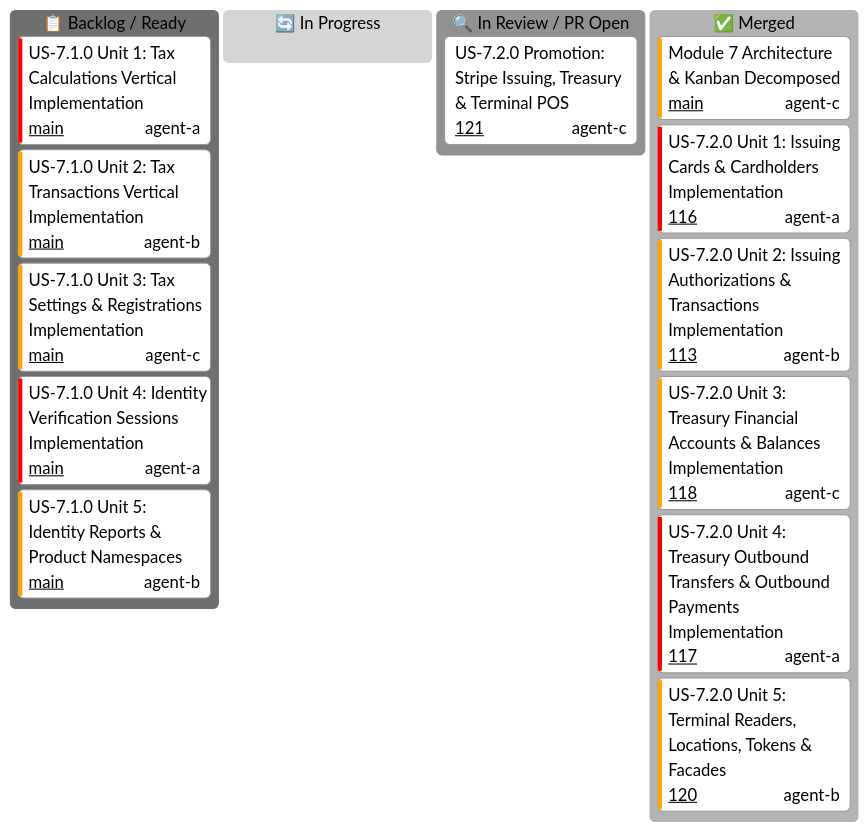
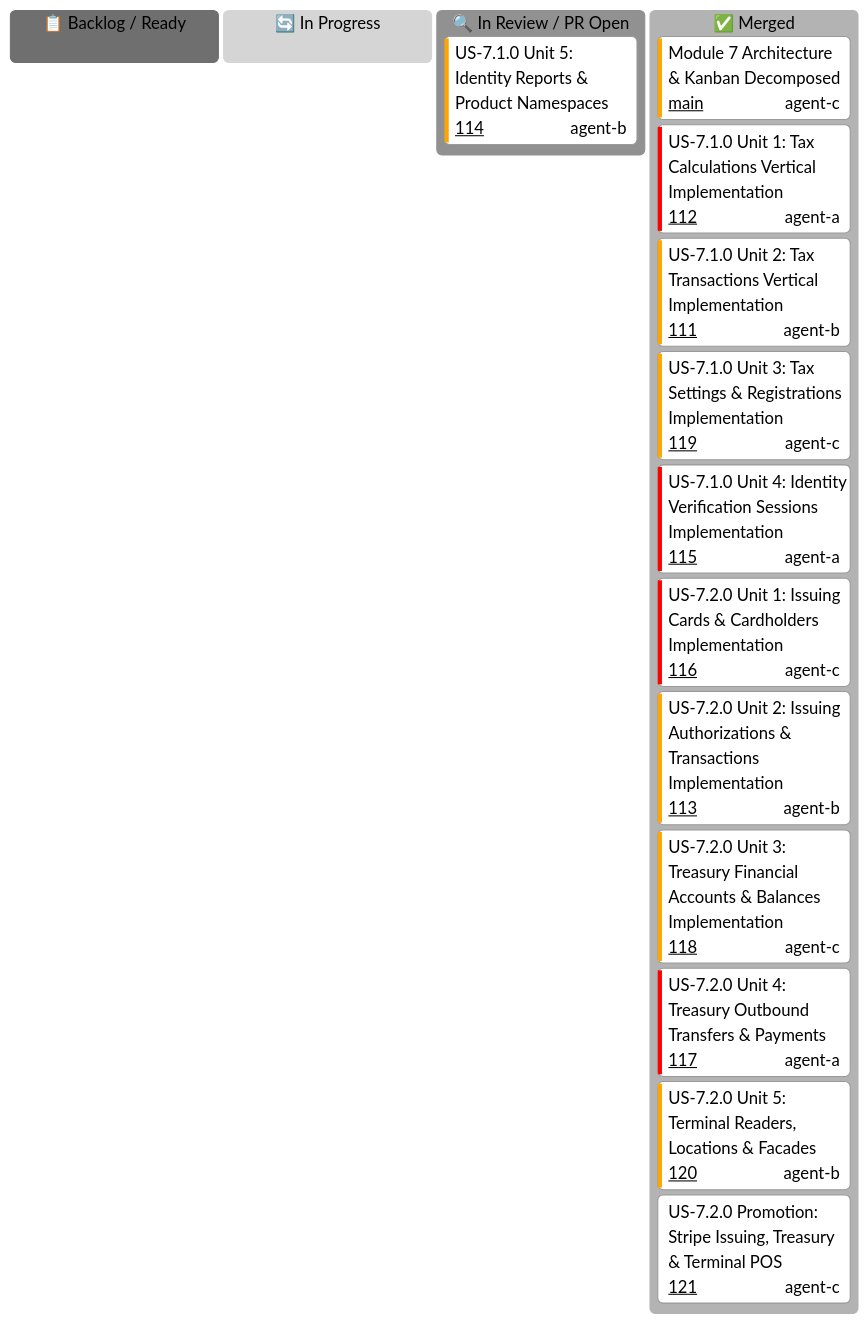
Before and after one commit to some-of-cs/some-stripe: the diagram in docs/user-stories/module-7-specialized-product-namespaces/KANBAN.md, drawn with Mermaid (neutral theme). The commit also changed 2 other files, not shown here.

Commit message:
docs(us-7.2.0): update checkpoint and kanban boards with PR #121 merged into module branch

````diff
--- a/docs/user-stories/module-7-specialized-product-namespaces/KANBAN.md
+++ b/docs/user-stories/module-7-specialized-product-namespaces/KANBAN.md
@@ -16,24 +16,24 @@
 ```mermaid
 ---
 config:
   kanban:
     ticketBaseUrl: 'https://github.com/some-of-cs/some-stripe/pull/#TICKET#'
 ---
 kanban
   todo[📋 Backlog / Ready]
-    us71_u1[US-7.1.0 Unit 1: Tax Calculations Vertical Implementation]@{ ticket: 'main', assigned: 'agent-a', priority: 'Very High' }
-    us71_u2[US-7.1.0 Unit 2: Tax Transactions Vertical Implementation]@{ ticket: 'main', assigned: 'agent-b', priority: 'High' }
-    us71_u3[US-7.1.0 Unit 3: Tax Settings & Registrations Implementation]@{ ticket: 'main', assigned: 'agent-c', priority: 'High' }
-    us71_u4[US-7.1.0 Unit 4: Identity Verification Sessions Implementation]@{ ticket: 'main', assigned: 'agent-a', priority: 'Very High' }
-    us71_u5[US-7.1.0 Unit 5: Identity Reports & Product Namespaces]@{ ticket: 'main', assigned: 'agent-b', priority: 'High' }
   in_progress[🔄 In Progress]
   in_review[🔍 In Review / PR Open]
-    us72_promotion[US-7.2.0 Promotion: Stripe Issuing, Treasury & Terminal POS]@{ ticket: '121', assigned: 'agent-c', priority: 'Critical' }
+    us71_u5[US-7.1.0 Unit 5: Identity Reports & Product Namespaces]@{ ticket: '114', assigned: 'agent-b', priority: 'High' }
   done[✅ Merged]
     m7_init[Module 7 Architecture & Kanban Decomposed]@{ ticket: 'main', assigned: 'agent-c', priority: 'High' }
-    us72_u1[US-7.2.0 Unit 1: Issuing Cards & Cardholders Implementation]@{ ticket: '116', assigned: 'agent-a', priority: 'Very High' }
+    us71_u1[US-7.1.0 Unit 1: Tax Calculations Vertical Implementation]@{ ticket: '112', assigned: 'agent-a', priority: 'Very High' }
+    us71_u2[US-7.1.0 Unit 2: Tax Transactions Vertical Implementation]@{ ticket: '111', assigned: 'agent-b', priority: 'High' }
+    us71_u3[US-7.1.0 Unit 3: Tax Settings & Registrations Implementation]@{ ticket: '119', assigned: 'agent-c', priority: 'High' }
+    us71_u4[US-7.1.0 Unit 4: Identity Verification Sessions Implementation]@{ ticket: '115', assigned: 'agent-a', priority: 'Very High' }
+    us72_u1[US-7.2.0 Unit 1: Issuing Cards & Cardholders Implementation]@{ ticket: '116', assigned: 'agent-c', priority: 'Very High' }
     us72_u2[US-7.2.0 Unit 2: Issuing Authorizations & Transactions Implementation]@{ ticket: '113', assigned: 'agent-b', priority: 'High' }
     us72_u3[US-7.2.0 Unit 3: Treasury Financial Accounts & Balances Implementation]@{ ticket: '118', assigned: 'agent-c', priority: 'High' }
-    us72_u4[US-7.2.0 Unit 4: Treasury Outbound Transfers & Outbound Payments Implementation]@{ ticket: '117', assigned: 'agent-a', priority: 'Very High' }
-    us72_u5[US-7.2.0 Unit 5: Terminal Readers, Locations, Tokens & Facades]@{ ticket: '120', assigned: 'agent-b', priority: 'High' }
+    us72_u4[US-7.2.0 Unit 4: Treasury Outbound Transfers & Payments]@{ ticket: '117', assigned: 'agent-a', priority: 'Very High' }
+    us72_u5[US-7.2.0 Unit 5: Terminal Readers, Locations & Facades]@{ ticket: '120', assigned: 'agent-b', priority: 'High' }
+    us72_promotion[US-7.2.0 Promotion: Stripe Issuing, Treasury & Terminal POS]@{ ticket: '121', assigned: 'agent-c', priority: 'Critical' }
 ```
````
